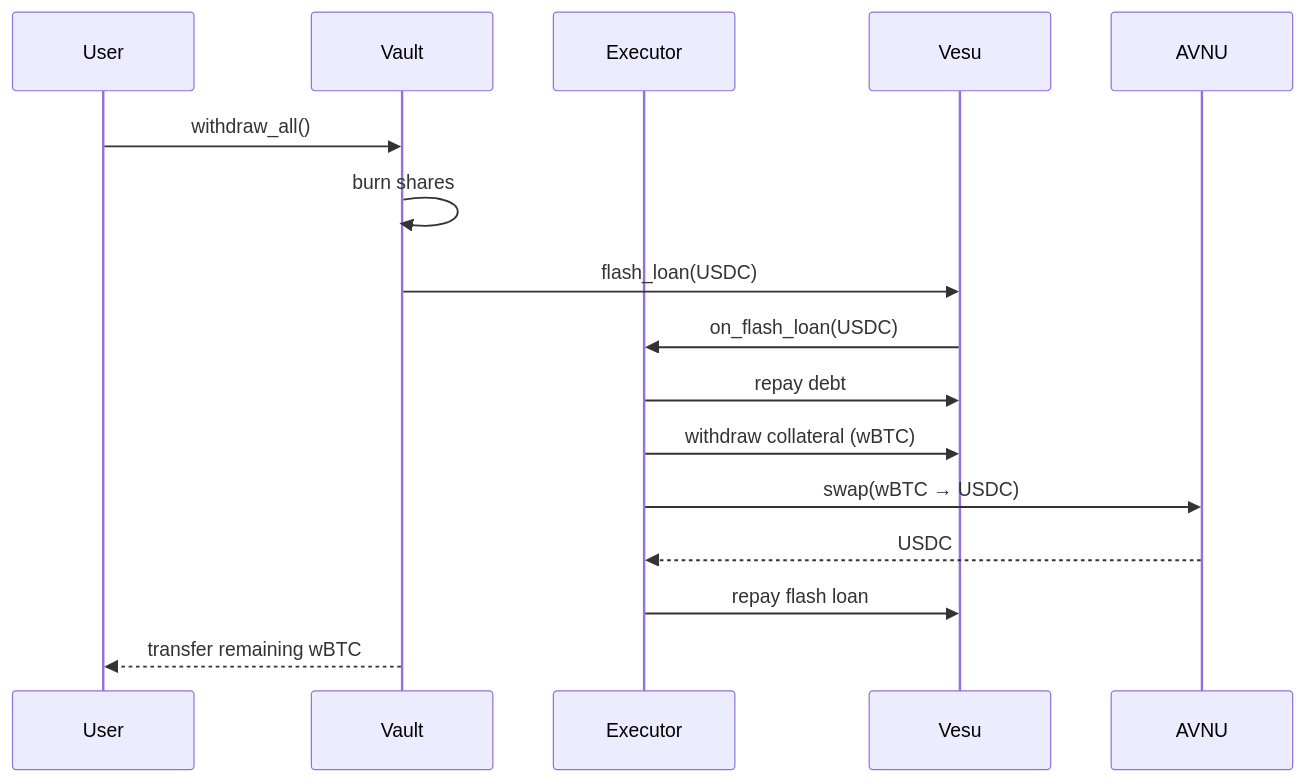
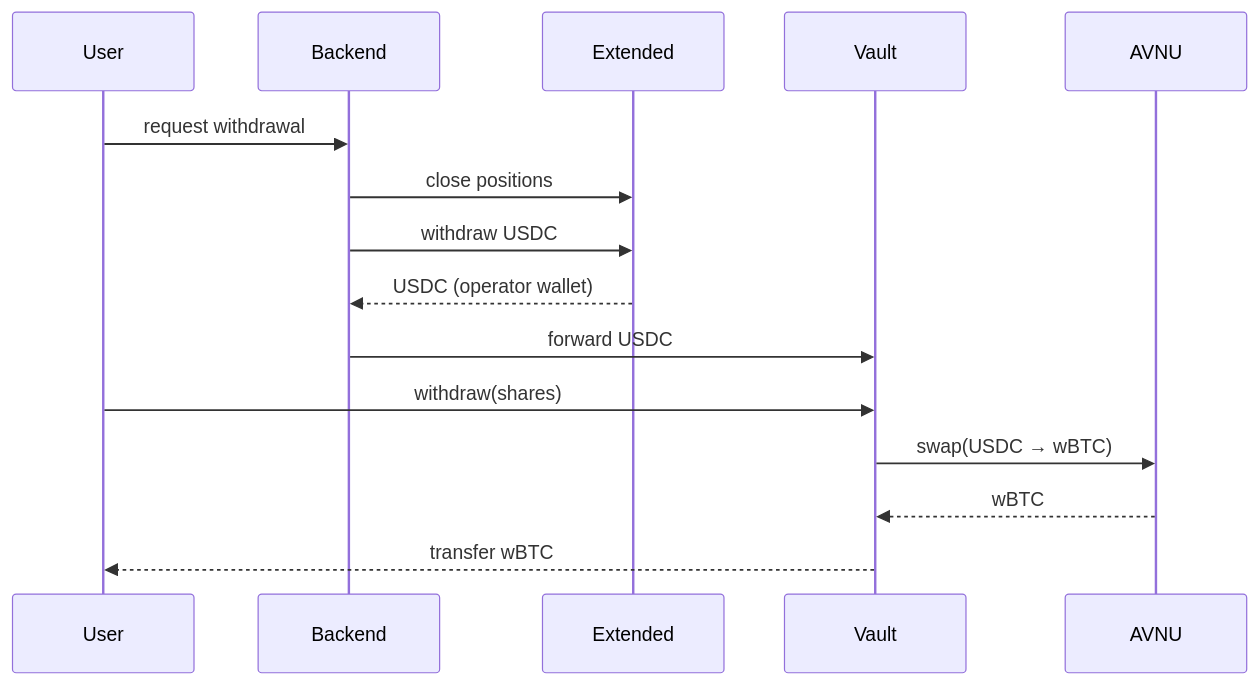
Before and after one commit to adrianvrj/unbound: the second of 2 diagrams in docs/02-how-it-works.md, drawn with Mermaid. The commit also changed other lines of this file and 9 other files, not shown here.

````diff
--- a/docs/02-how-it-works.md
+++ b/docs/02-how-it-works.md
@@ -92,19 +103,18 @@
 ```mermaid
 sequenceDiagram
     participant User
+    participant Backend
+    participant Extended
     participant Vault
-    participant Executor
-    participant Vesu
     participant AVNU
 
-    User->>Vault: withdraw_all()
-    Vault->>Vault: burn shares
-    Vault->>Vesu: flash_loan(USDC)
-    Vesu->>Executor: on_flash_loan(USDC)
-    Executor->>Vesu: repay debt
-    Executor->>Vesu: withdraw collateral (wBTC)
-    Executor->>AVNU: swap(wBTC → USDC)
-    AVNU-->>Executor: USDC
-    Executor->>Vesu: repay flash loan
-    Vault-->>User: transfer remaining wBTC
+    User->>Backend: request withdrawal
+    Backend->>Extended: close positions
+    Backend->>Extended: withdraw USDC
+    Extended-->>Backend: USDC (operator wallet)
+    Backend->>Vault: forward USDC
+    User->>Vault: withdraw(shares)
+    Vault->>AVNU: swap(USDC → wBTC)
+    AVNU-->>Vault: wBTC
+    Vault-->>User: transfer wBTC
 ```
````
